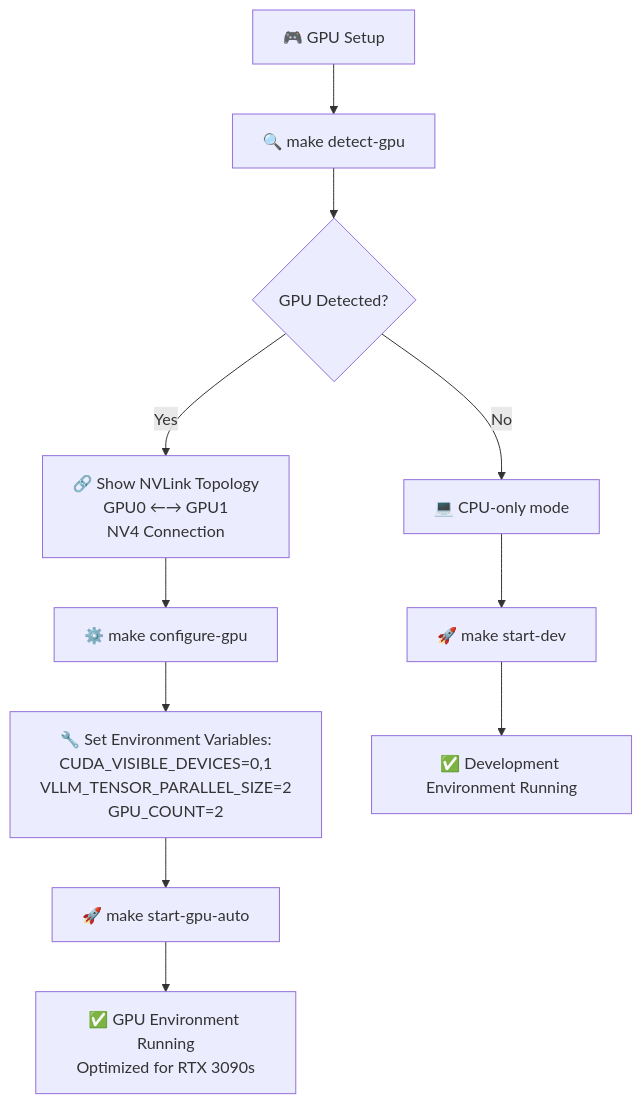
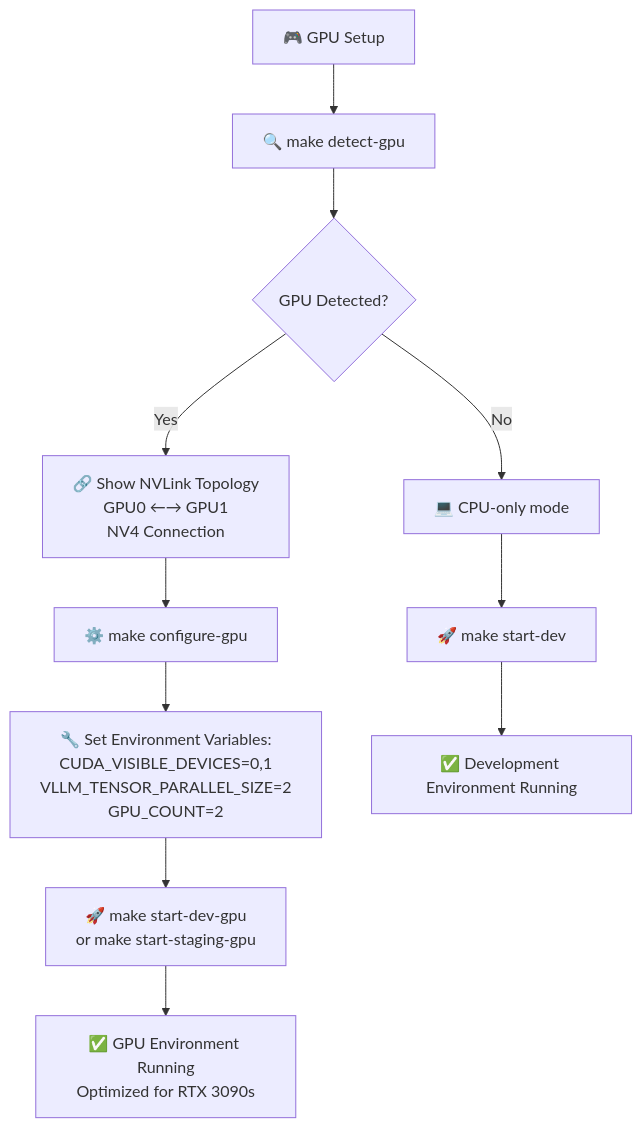
Before and after one commit to markwoitaszek/llm-multimodal-stack: the third of 8 diagrams in ENHANCED_WORKFLOW_DIAGRAM.md, drawn with Mermaid. The commit also changed other lines of this file and 10 other files, not shown here.

````diff
--- a/ENHANCED_WORKFLOW_DIAGRAM.md
+++ b/ENHANCED_WORKFLOW_DIAGRAM.md
@@ -265,17 +274,17 @@
 ```mermaid
 flowchart TD
     GPUSetup["🎮 GPU Setup"] --> DetectGPU["🔍 make detect-gpu"]
     DetectGPU --> GPUFound{"GPU Detected?"}
     
     GPUFound -->|Yes| ShowTopology["🔗 Show NVLink Topology<br/>GPU0 ←→ GPU1<br/>NV4 Connection"]
     GPUFound -->|No| CPUOnly["💻 CPU-only mode"]
     
     ShowTopology --> ConfigureGPU["⚙️ make configure-gpu"]
     ConfigureGPU --> SetEnvVars["🔧 Set Environment Variables:<br/>CUDA_VISIBLE_DEVICES=0,1<br/>VLLM_TENSOR_PARALLEL_SIZE=2<br/>GPU_COUNT=2"]
     
-    SetEnvVars --> StartGPU["🚀 make start-gpu-auto"]
+    SetEnvVars --> StartGPU["🚀 make start-dev-gpu<br/>or make start-staging-gpu"]
     StartGPU --> GPURunning["✅ GPU Environment Running<br/>Optimized for RTX 3090s"]
     
     CPUOnly --> StartDev["🚀 make start-dev"]
     StartDev --> DevRunning["✅ Development Environment Running"]
 ```
````
